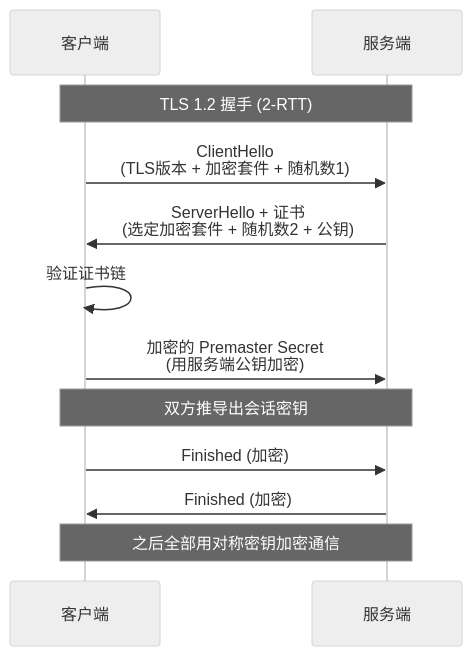
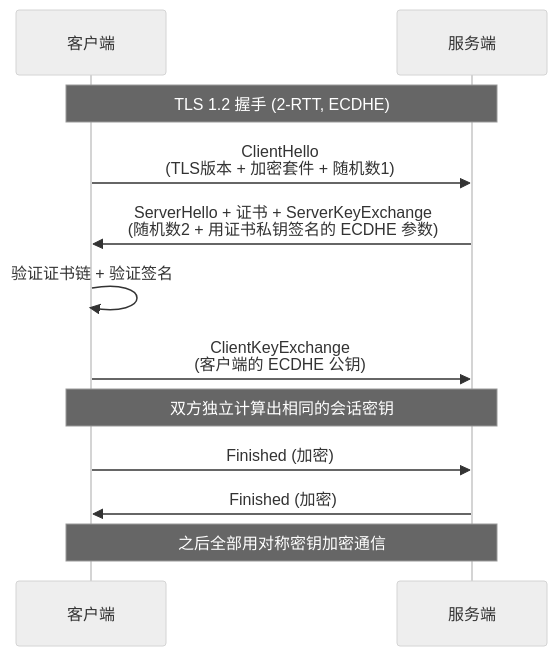
The diagram in docs/网络/http-https.md (zjh42139/interview-notes), drawn with Mermaid (neutral theme) before and after one commit. The commit also changed other lines of this file and 118 other files, not shown here.

````diff
--- a/docs/网络/http-https.md
+++ b/docs/网络/http-https.md
@@ -69,15 +69,15 @@
 ```mermaid
 sequenceDiagram
     participant C as 客户端
     participant S as 服务端
 
-    Note over C,S: TLS 1.2 握手 (2-RTT)
+    Note over C,S: TLS 1.2 握手 (2-RTT, ECDHE)
     C->>S: ClientHello<br/>(TLS版本 + 加密套件 + 随机数1)
-    S->>C: ServerHello + 证书<br/>(选定加密套件 + 随机数2 + 公钥)
-    C->>C: 验证证书链
-    C->>S: 加密的 Premaster Secret<br/>(用服务端公钥加密)
-    Note over C,S: 双方推导出会话密钥
+    S->>C: ServerHello + 证书 + ServerKeyExchange<br/>(随机数2 + 用证书私钥签名的 ECDHE 参数)
+    C->>C: 验证证书链 + 验证签名
+    C->>S: ClientKeyExchange<br/>(客户端的 ECDHE 公钥)
+    Note over C,S: 双方独立计算出相同的会话密钥
     C->>S: Finished (加密)
     S->>C: Finished (加密)
     Note over C,S: 之后全部用对称密钥加密通信
 ```
````
